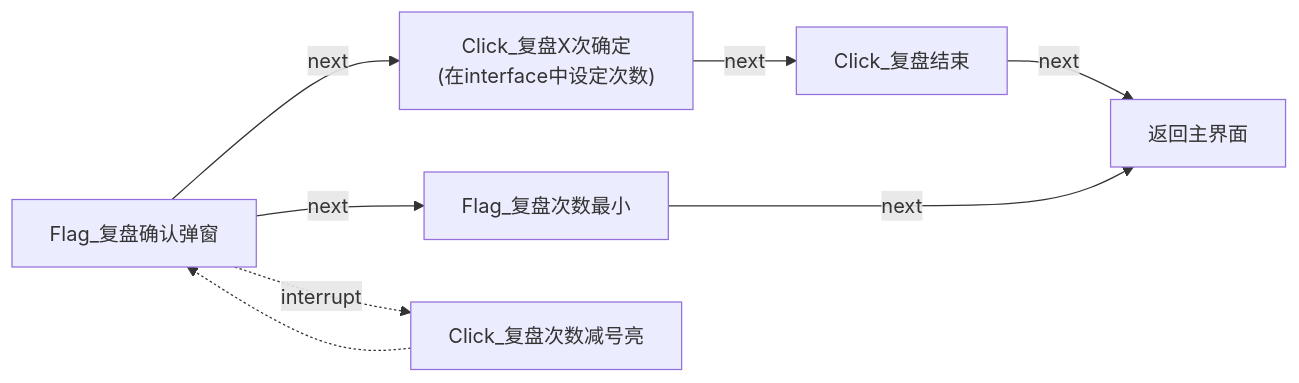
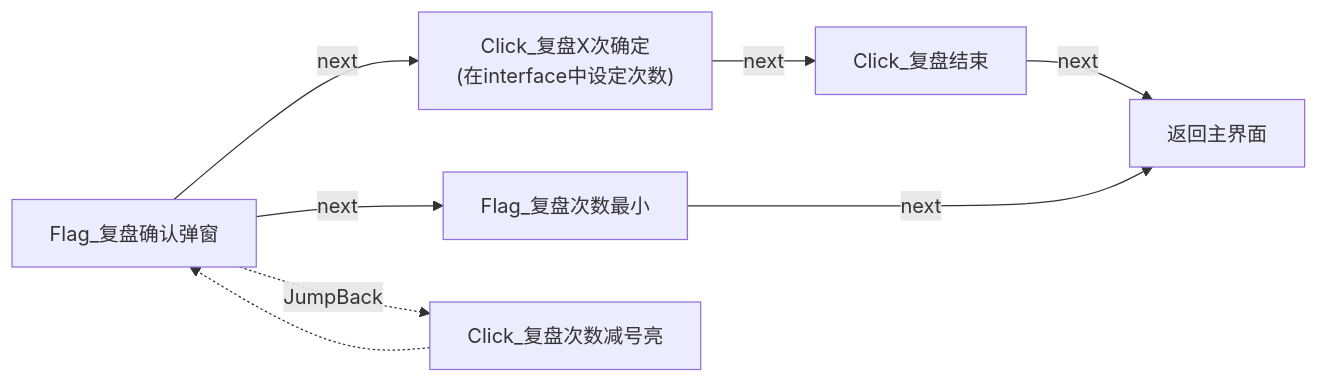
One commit to Coxwtwo/MaaTOT changed the fourth of 40 diagrams in docs/zh_cn/develop/Pipeline说明.md. Above: the diagram before and after it, drawn with Mermaid. The commit also changed other lines of this file, not shown here.

Commit message:
docs: 完善 Pipeline 说明，新增未名市移动、未名市周任务文档，interrupt→JumpBack(MaaFramework v5.1 起已废弃 interrupt 字段）

````diff
--- a/docs/zh_cn/develop/Pipeline说明.md
+++ b/docs/zh_cn/develop/Pipeline说明.md
@@ -134,10 +134,10 @@
 ```mermaid
 flowchart LR
     n18["Flag_复盘确认弹窗"] -->|next| n21["Click_复盘X次确定<br>(在interface中设定次数)"]
     n18["Flag_复盘确认弹窗"] -->|next| n22["Flag_复盘次数最小"]
-    n18 -.->|interrupt| n23["Click_复盘次数减号亮"]
+    n18 -.->|JumpBack| n23["Click_复盘次数减号亮"]
     n23 -.-> n18
     n21["Click_复盘X次确定<br>(在interface中设定次数)"] -->|next| n24["Click_复盘结束"]
     n24 -->|next| n012["返回主界面"]
     n22 --->|next| n012["返回主界面"]
 ```
````
